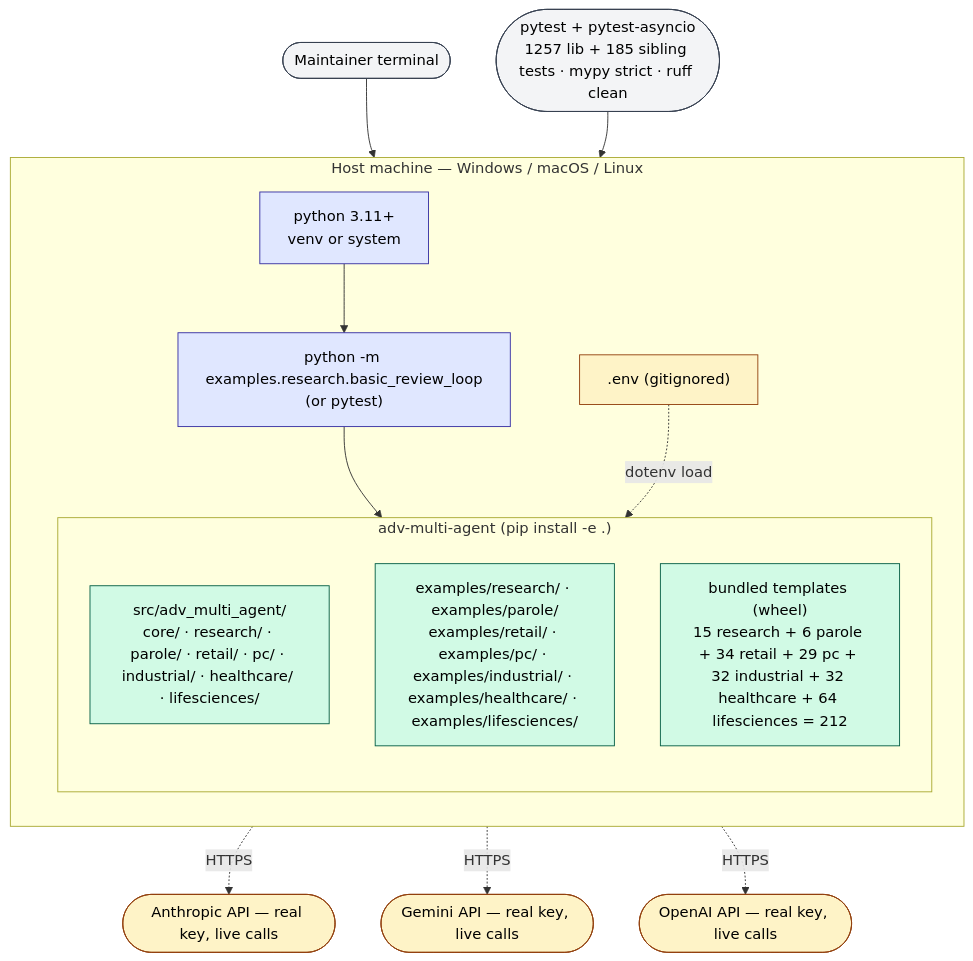
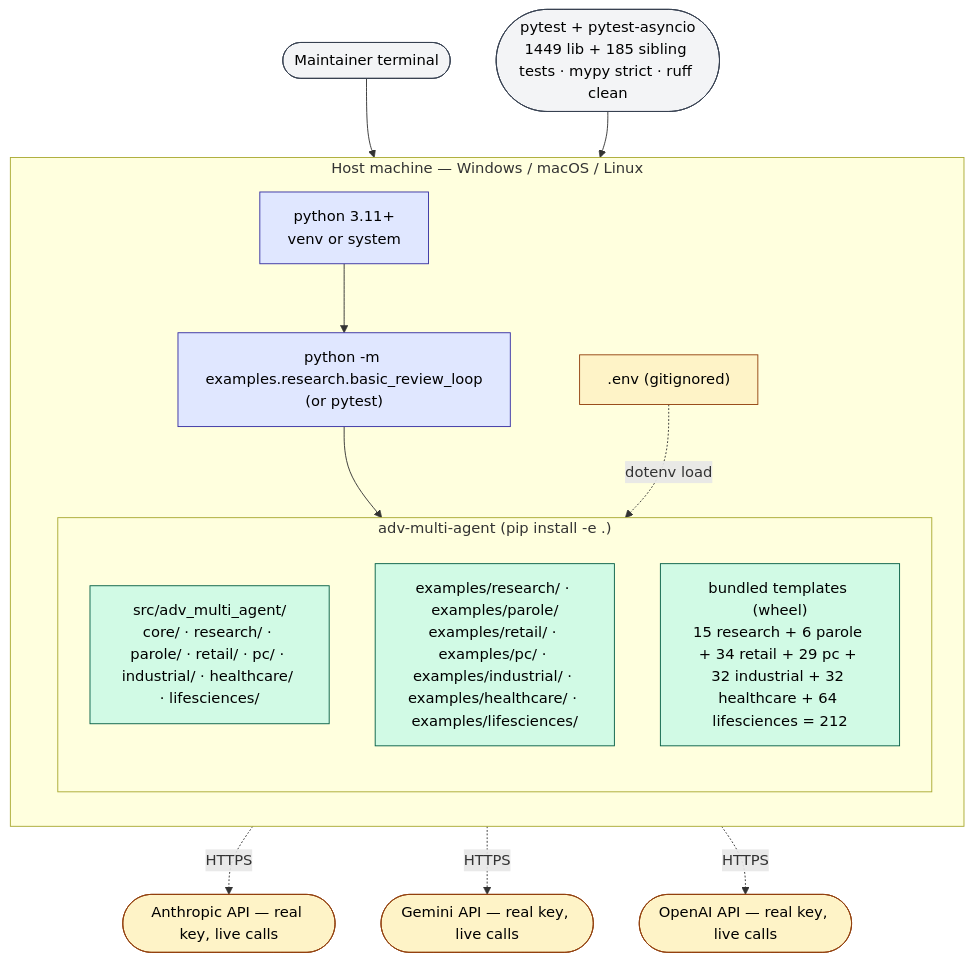
Before and after one commit to gmanch94/adversarial-multi-agent-lib: the second of 2 diagrams in docs/deployment-architecture.md, drawn with Mermaid. The commit also changed other lines of this file and 51 other files, not shown here.

````diff
--- a/docs/deployment-architecture.md
+++ b/docs/deployment-architecture.md
@@ -144,37 +144,37 @@
 ```mermaid
 flowchart TB
     classDef proc fill:#e0e7ff,stroke:#3730a3,color:#000
     classDef lib fill:#d1fae5,stroke:#065f46,color:#000
     classDef ext fill:#fef3c7,stroke:#92400e,color:#000
     classDef user fill:#f3f4f6,stroke:#374151,color:#000
 
     Dev(["Maintainer terminal"]):::user
-    Pyt(["pytest + pytest-asyncio<br/>1257 lib + 185 sibling tests · mypy strict · ruff clean"]):::user
+    Pyt(["pytest + pytest-asyncio<br/>1449 lib + 185 sibling tests · mypy strict · ruff clean"]):::user
 
     subgraph Host["Host machine — Windows / macOS / Linux"]
         direction TB
         Py["python 3.11+<br/>venv or system"]:::proc
         EnvLocal[".env (gitignored)"]:::ext
         Example["python -m examples.research.basic_review_loop<br/>(or pytest)"]:::proc
 
         subgraph Pkg["adv-multi-agent (pip install -e .)"]
             direction TB
             Src["src/adv_multi_agent/<br/>core/ · research/ · parole/ · retail/ · pc/ · industrial/ · healthcare/ · lifesciences/"]:::lib
             Examples["examples/research/ · examples/parole/<br/>examples/retail/ · examples/pc/ · examples/industrial/ · examples/healthcare/ · examples/lifesciences/"]:::lib
             SkillsDir["bundled templates (wheel)<br/>15 research + 6 parole + 34 retail + 29 pc + 32 industrial + 32 healthcare + 64 lifesciences = 212"]:::lib
         end
     end
 
     Anthro(["Anthropic API — real key, live calls"]):::ext
     GeminiDev(["Gemini API — real key, live calls"]):::ext
     OAI(["OpenAI API — real key, live calls"]):::ext
 
     Dev --> Py
     Pyt --> Py
     Py --> Example
     Example --> Src
     EnvLocal -. dotenv load .-> Src
     Src -. HTTPS .-> Anthro
     Src -. HTTPS .-> GeminiDev
     Src -. HTTPS .-> OAI
 ```
````
